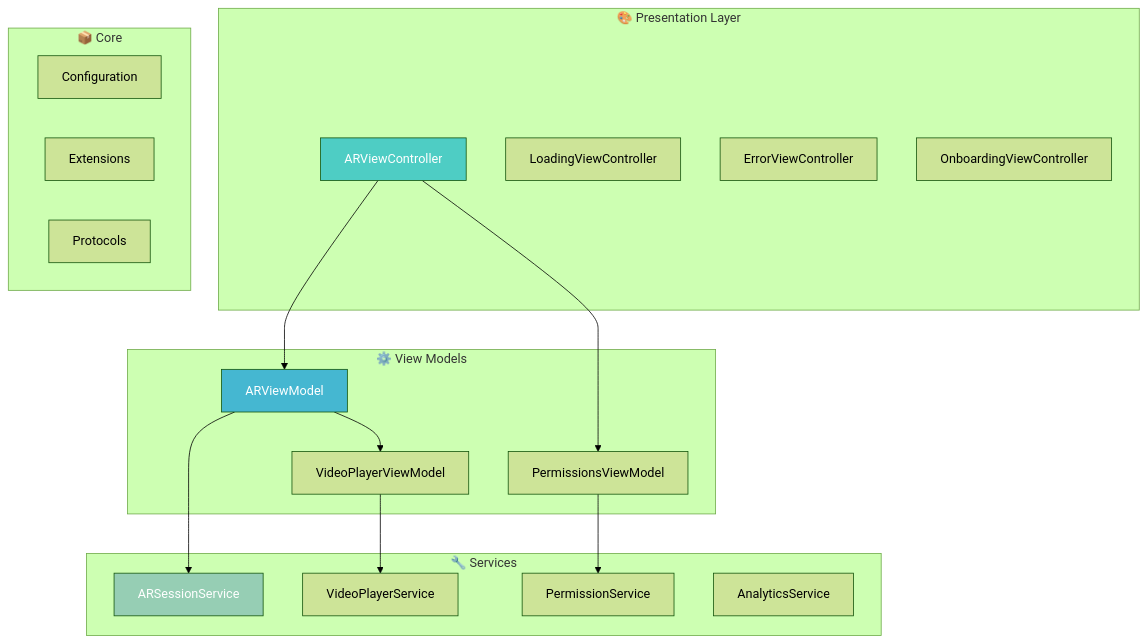
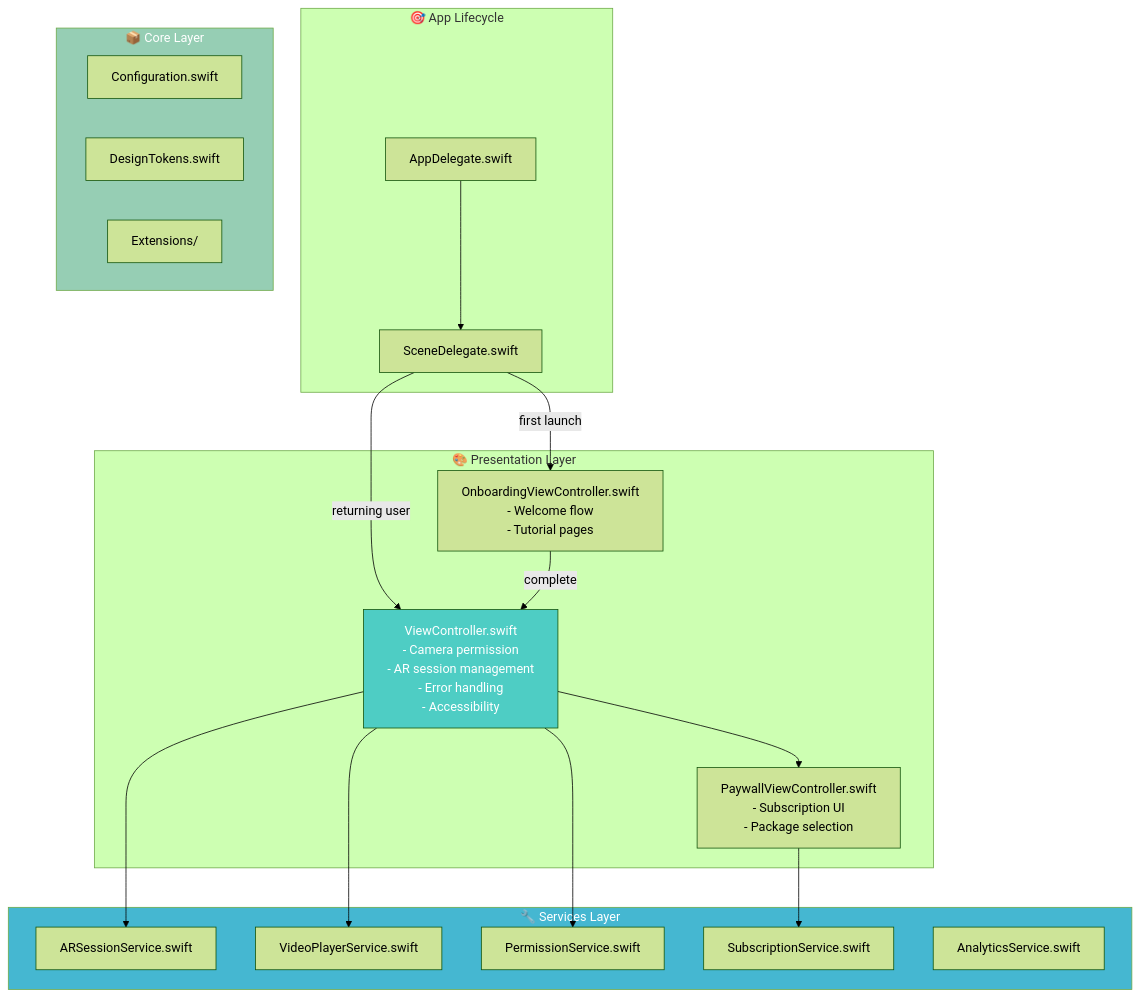
Before and after one commit to bestfriendai/Movie-AR: the first of 7 diagrams in CODEBASE_AUDIT.md, drawn with Mermaid (forest theme). The commit also changed other lines of this file and 15 other files, not shown here.

First line of the commit message:
Add service layer, screens, core infrastructure and test stubs

````diff
--- a/CODEBASE_AUDIT.md
+++ b/CODEBASE_AUDIT.md
@@ -94,39 +95,41 @@
 ```mermaid
 graph TB
-    subgraph Presentation["🎨 Presentation Layer"]
-        ARView[ARViewController]
-        LoadingView[LoadingViewController]
-        ErrorView[ErrorViewController]
-        OnboardingView[OnboardingViewController]
+    subgraph App["🎯 App Lifecycle"]
+        AppDelegate[AppDelegate.swift]
+        SceneDelegate[SceneDelegate.swift]
     end
 
-    subgraph ViewModels["⚙️ View Models"]
-        ARVM[ARViewModel]
-        VideoVM[VideoPlayerViewModel]
-        PermissionsVM[PermissionsViewModel]
+    subgraph Presentation["🎨 Presentation Layer"]
+        ARView[ViewController.swift<br/>- Camera permission<br/>- AR session management<br/>- Error handling<br/>- Accessibility]
+        OnboardingView[OnboardingViewController.swift<br/>- Welcome flow<br/>- Tutorial pages]
+        PaywallView[PaywallViewController.swift<br/>- Subscription UI<br/>- Package selection]
     end
 
-    subgraph Services["🔧 Services"]
-        ARService[ARSessionService]
-        VideoService[VideoPlayerService]
-        PermissionService[PermissionService]
-        AnalyticsService[AnalyticsService]
+    subgraph Services["🔧 Services Layer"]
+        ARService[ARSessionService.swift]
+        VideoService[VideoPlayerService.swift]
+        PermissionService[PermissionService.swift]
+        SubscriptionService[SubscriptionService.swift]
+        AnalyticsService[AnalyticsService.swift]
     end
 
-    subgraph Core["📦 Core"]
-        Config[Configuration]
-        Extensions[Extensions]
-        Protocols[Protocols]
+    subgraph Core["📦 Core Layer"]
+        Config[Configuration.swift]
+        DesignTokens[DesignTokens.swift]
+        Extensions[Extensions/]
     end
 
-    ARView --> ARVM
-    ARVM --> ARService
-    ARVM --> VideoVM
-    VideoVM --> VideoService
-    ARView --> PermissionsVM
-    PermissionsVM --> PermissionService
+    AppDelegate --> SceneDelegate
+    SceneDelegate -->|first launch| OnboardingView
+    SceneDelegate -->|returning user| ARView
+    OnboardingView -->|complete| ARView
+    ARView --> PaywallView
+    ARView --> ARService
+    ARView --> VideoService
+    ARView --> PermissionService
+    PaywallView --> SubscriptionService
 
     style ARView fill:#4ecdc4,color:#fff
-    style ARVM fill:#45b7d1,color:#fff
-    style ARService fill:#96ceb4,color:#fff
+    style Services fill:#45b7d1,color:#fff
+    style Core fill:#96ceb4,color:#fff
 ```
````
